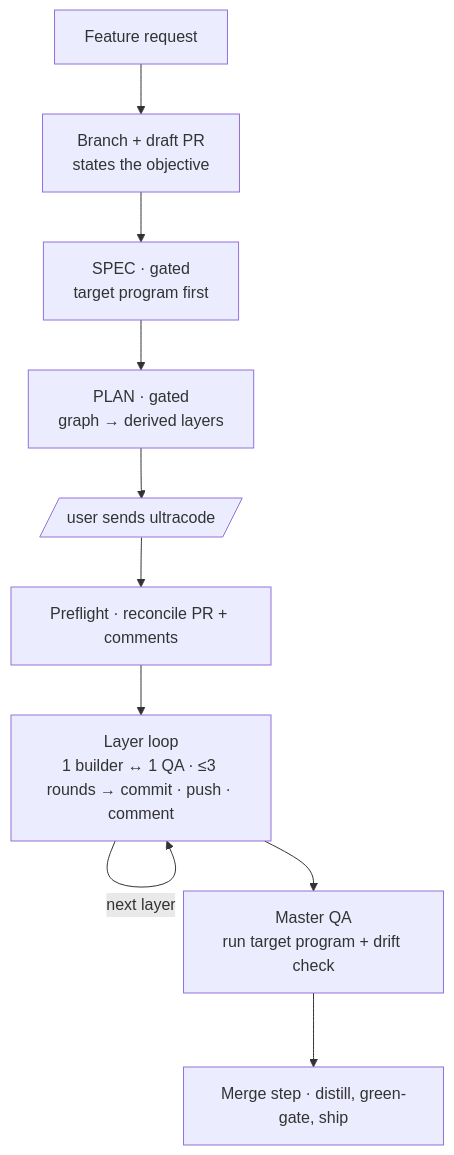
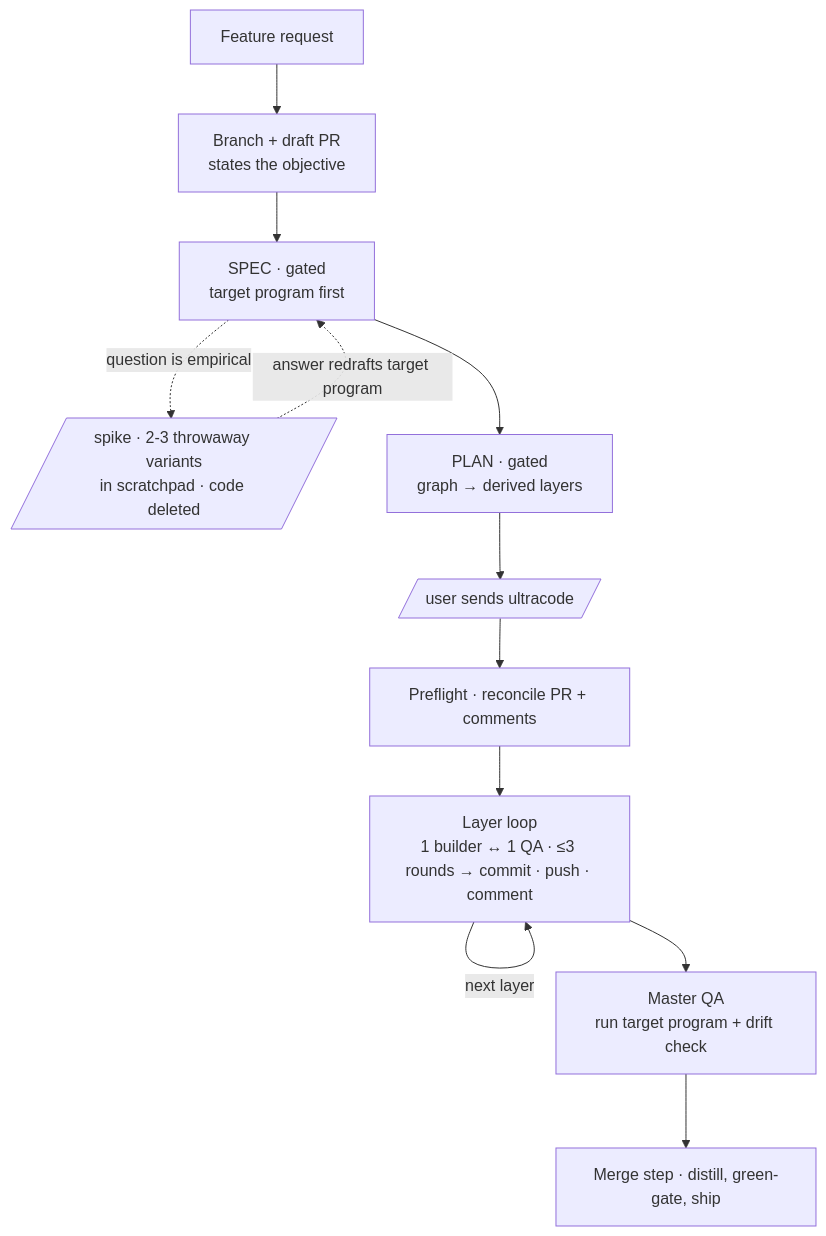
One commit to outputty/claude-plugin changed the diagram in .claude/product.md. Above: the diagram before and after it, drawn with Mermaid. The commit also changed other lines of this file and 5 other files, not shown here.

````diff
--- a/.claude/product.md
+++ b/.claude/product.md
@@ -110,12 +115,14 @@
 ```mermaid
 flowchart TD
   A[Feature request] --> B[Branch + draft PR<br/>states the objective]
   B --> S[SPEC · gated<br/>target program first]
+  S -.->|question is empirical| K[/spike · 2-3 throwaway variants<br/>in scratchpad · code deleted/]
+  K -.->|answer redrafts target program| S
   S --> P[PLAN · gated<br/>graph → derived layers]
   P --> U[/user sends ultracode/]
   U --> F[Preflight · reconcile PR + comments]
   F --> L[Layer loop<br/>1 builder ↔ 1 QA · ≤3 rounds → commit · push · comment]
   L -->|next layer| L
   L --> M[Master QA<br/>run target program + drift check]
   M --> G[Merge step · distill, green-gate, ship]
 ```
````
